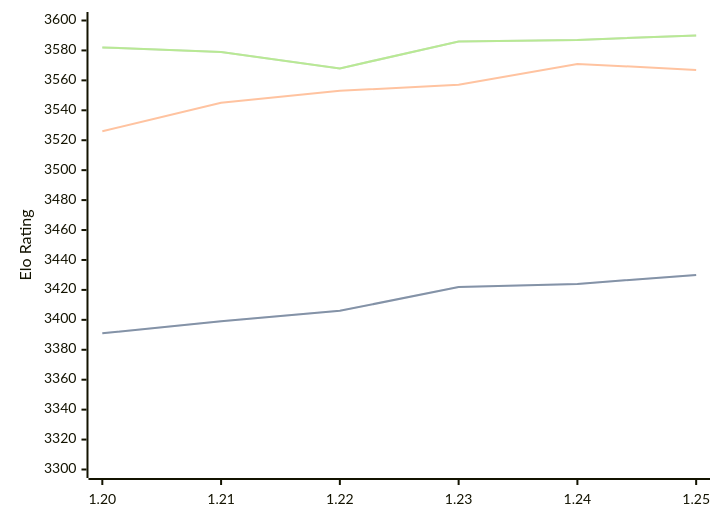
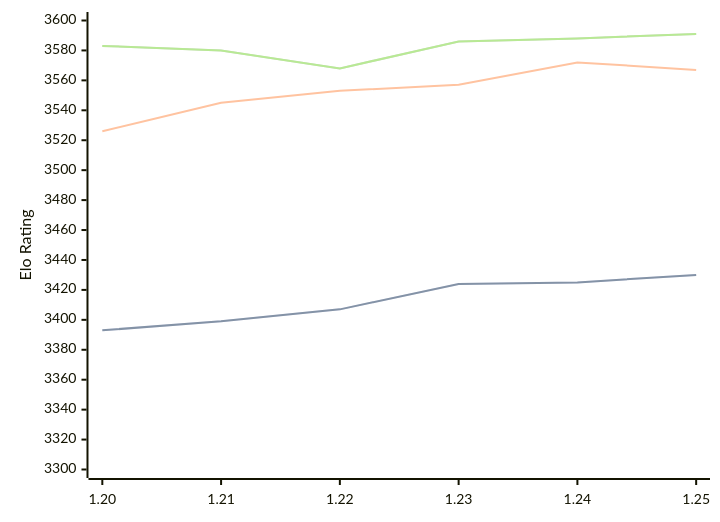
Before and after one commit to computer-chess-index/cci: the diagram in engines/Caissa.md, drawn with Mermaid. The commit also changed other lines of this file, not shown here.

Commit message:
Update CCI Ratings (ELO VLTC) - 2026-04-25

````diff
--- a/engines/Caissa.md
+++ b/engines/Caissa.md
@@ -65,11 +65,11 @@
 ```mermaid
 %%{init: {"theme":"base","themeVariables":{"seriesColors:['#a3a3a3','#222221','#faa371']}}}%%
 xychart-beta
   x-axis ["1.20", "1.21", "1.22", "1.23", "1.24", "1.25"]
   y-axis "Elo Rating" 3300 --> 3600
-  line "STC (8.0+0.08s)" [3391, 3399, 3406, 3422, 3424, 3430]
-  line "STC (8.0+0.08s)" [3391, 3399, 3406, 3422, 3424, 3430]
-  line "LTC (60.0+0.60s)" [3526, 3545, 3553, 3557, 3571, 3567]
-  line "VLTC (2m24s+1.12s)" [3582, 3579, 3568, 3586, 3587, 3590]
-  line "VLTC (2m24s+1.12s)" [3582, 3579, 3568, 3586, 3587, 3590]
+  line "STC (8.0+0.08s)" [3393, 3399, 3407, 3424, 3425, 3430]
+  line "STC (8.0+0.08s)" [3393, 3399, 3407, 3424, 3425, 3430]
+  line "LTC (60.0+0.60s)" [3526, 3545, 3553, 3557, 3572, 3567]
+  line "VLTC (2m24s+1.12s)" [3583, 3580, 3568, 3586, 3588, 3591]
+  line "VLTC (2m24s+1.12s)" [3583, 3580, 3568, 3586, 3588, 3591]
 ```
````
